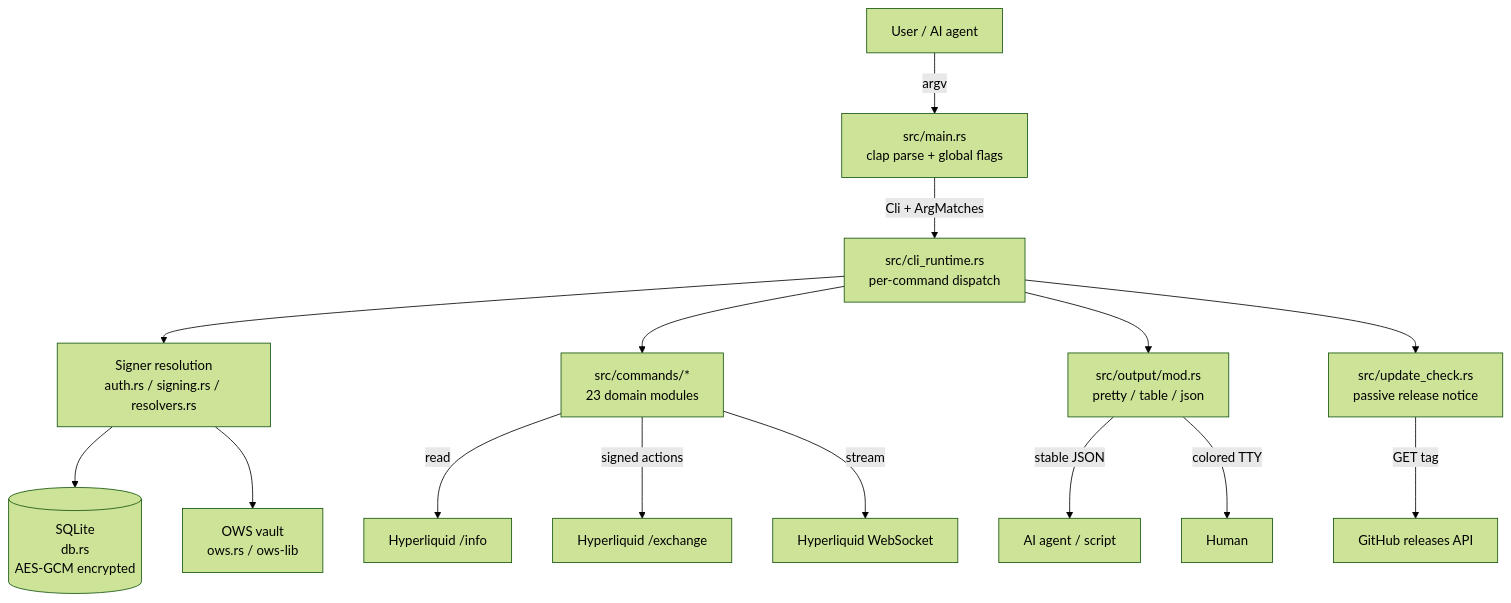
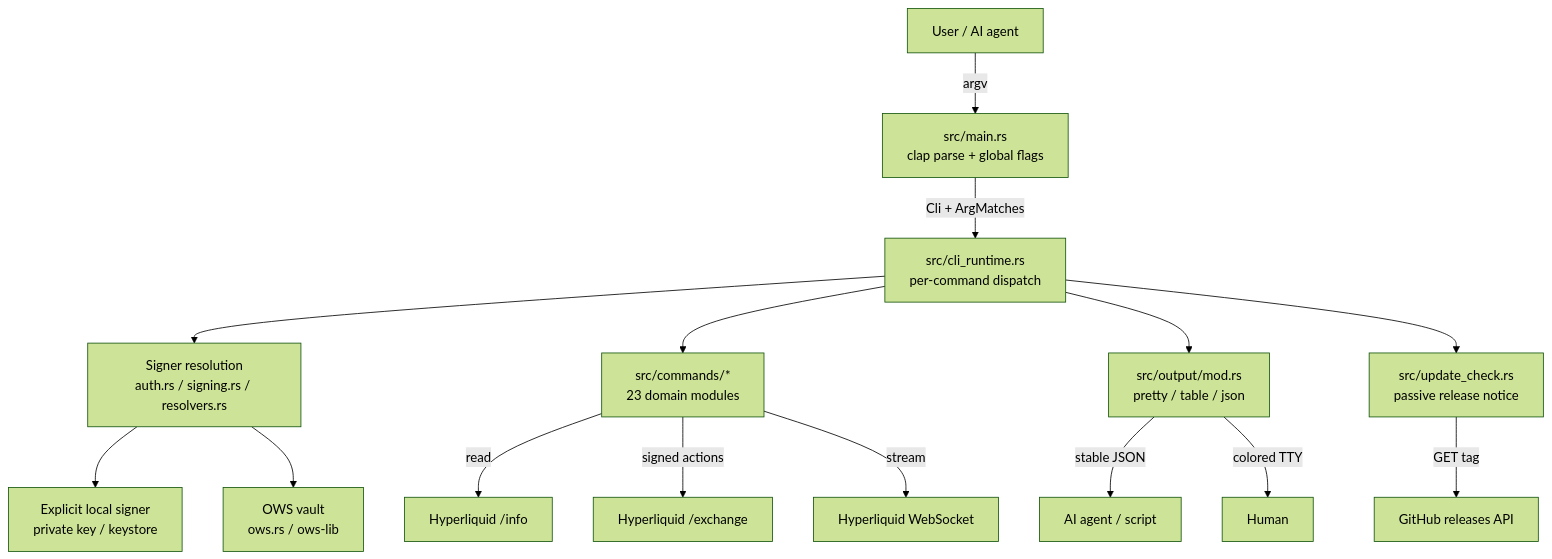
The first of 4 diagrams in droid-wiki/overview/architecture.md (hypurrclaw/hyperliquid-cli), drawn with Mermaid (forest theme) before and after one commit. The commit also changed other lines of this file and 43 other files, not shown here.

````diff
--- a/droid-wiki/overview/architecture.md
+++ b/droid-wiki/overview/architecture.md
@@ -7,20 +7,20 @@
 ```mermaid
 graph TD
     User[User / AI agent] -->|argv| Main[src/main.rs<br/>clap parse + global flags]
     Main -->|Cli + ArgMatches| Runtime[src/cli_runtime.rs<br/>per-command dispatch]
     Runtime --> Auth[Signer resolution<br/>auth.rs / signing.rs / resolvers.rs]
     Runtime --> Cmd[src/commands/*<br/>23 domain modules]
     Runtime --> Output[src/output/mod.rs<br/>pretty / table / json]
     Runtime --> Update[src/update_check.rs<br/>passive release notice]
 
-    Auth --> Db[(SQLite<br/>db.rs<br/>AES-GCM encrypted)]
+    Auth --> Local[Explicit local signer<br/>private key / keystore]
     Auth --> Ows[OWS vault<br/>ows.rs / ows-lib]
 
     Cmd -->|read| Info[Hyperliquid /info]
     Cmd -->|signed actions| Exch[Hyperliquid /exchange]
     Cmd -->|stream| Ws[Hyperliquid WebSocket]
     Update -->|GET tag| GH[GitHub releases API]
 
     Output -->|stable JSON| Agent[AI agent / script]
     Output -->|colored TTY| Human[Human]
 ```
````
